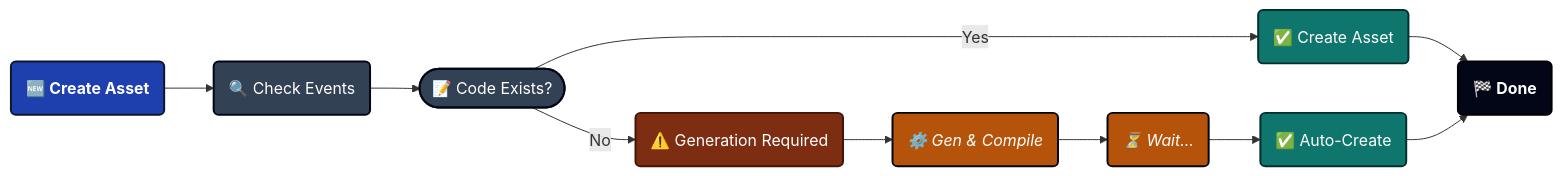
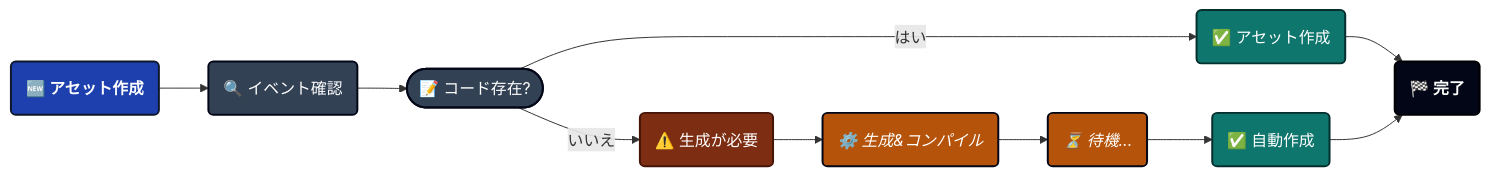
Before and after one commit to tinygiants-tech/TinyGiants: the first of 4 diagrams in i18n/ja/docusaurus-plugin-content-docs/current/game-event-system/visual-workflow/game-event-creator.md, drawn with Mermaid. The commit also changed other lines of this file and 81 other files, not shown here.

````diff
--- a/i18n/ja/docusaurus-plugin-content-docs/current/game-event-system/visual-workflow/game-event-creator.md
+++ b/i18n/ja/docusaurus-plugin-content-docs/current/game-event-system/visual-workflow/game-event-creator.md
@@ -259,22 +258,22 @@
 ```mermaid
 graph LR
     classDef start fill:#1e40af,stroke:#0f172a,stroke-width:2px,color:#ffffff,font-weight:bold
     classDef decision fill:#334155,stroke:#020617,stroke-width:2px,color:#ffffff
     classDef success fill:#0f766e,stroke:#042f2e,stroke-width:2px,color:#ffffff
     classDef warning fill:#7c2d12,stroke:#431407,stroke-width:2px,color:#ffffff
     classDef wait fill:#b45309,stroke:#020617,stroke-width:2px,color:#ffffff,font-style:italic
     classDef endNode fill:#020617,stroke:#000000,stroke-width:2px,color:#ffffff,font-weight:bold
 
-    A(🆕 Create Asset):::start --> B(🔍 Check Events):::decision
-    B --> C([📝 Code Exists?]):::decision
+    A(🆕 アセット作成):::start --> B(🔍 イベント確認):::decision
+    B --> C([📝 コード存在?]):::decision
     
-    C -- Yes --> D(✅ Create Asset):::success
-    C -- No --> E(⚠️ Generation Required):::warning
+    C -- はい --> D(✅ アセット作成):::success
+    C -- いいえ --> E(⚠️ 生成が必要):::warning
     
-    E --> F(⚙️ Gen & Compile):::wait
-    F --> G(⏳ Wait...):::wait
-    G --> H(✅ Auto-Create):::success
+    E --> F(⚙️ 生成&コンパイル):::wait
+    F --> G(⏳ 待機...):::wait
+    G --> H(✅ 自動作成):::success
     
-    D --> I(🏁 Done):::endNode
+    D --> I(🏁 完了):::endNode
     H --> I
 ```
````
